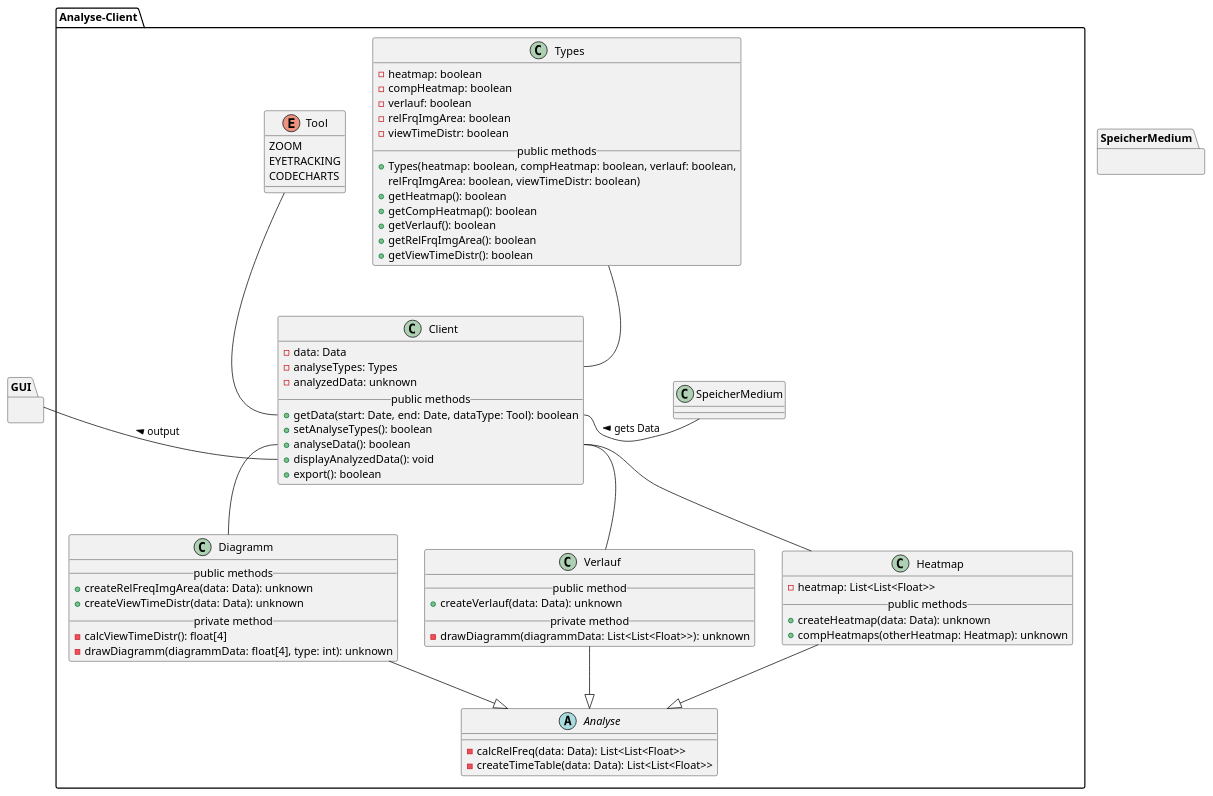
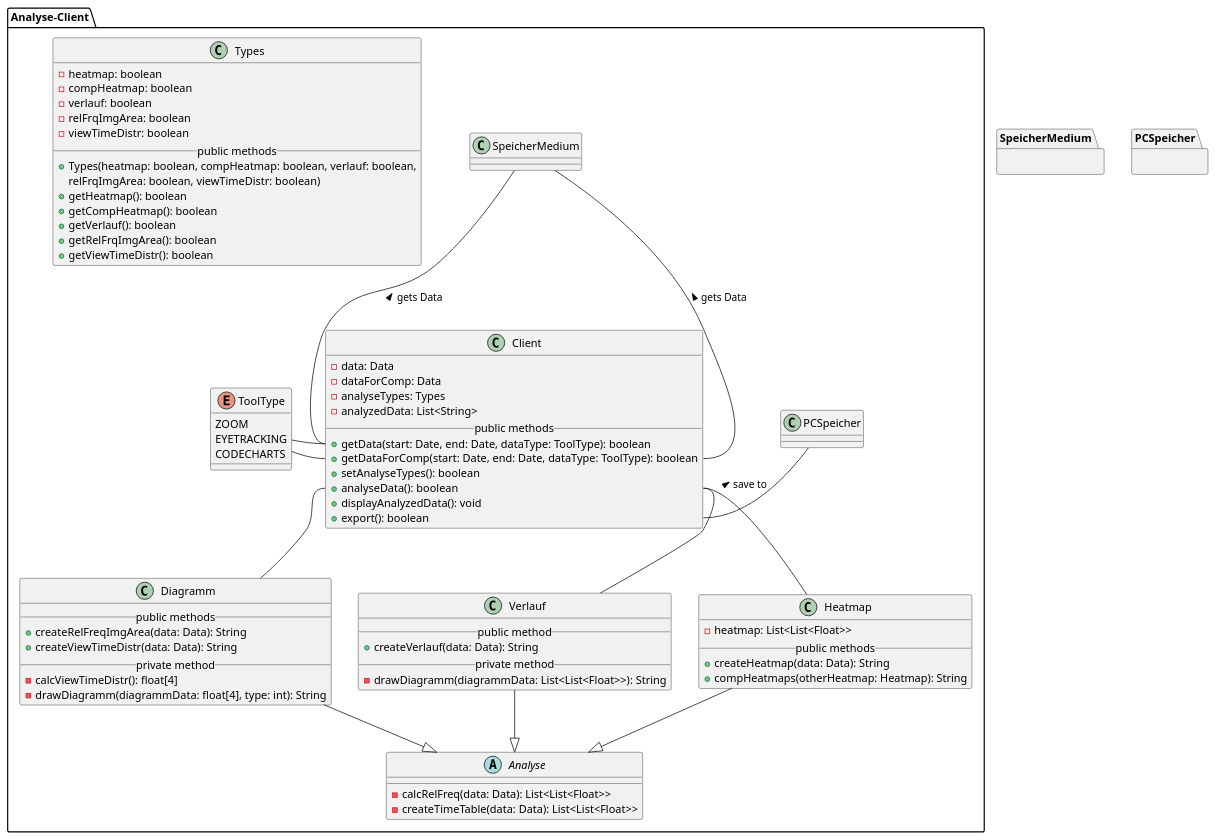
The diagram in meilenstein_03/uml-analyse-client/analyseclient.puml (weichware10/meilensteine), drawn with PlantUML before and after one commit.

Commit message:
Verfeinerung

```diff
--- a/meilenstein_03/uml-analyse-client/analyseclient.puml
+++ b/meilenstein_03/uml-analyse-client/analyseclient.puml
@@ -1,99 +1,105 @@
 @startuml analyseclient
 
 ' === ANALYSE CLIENT ===
 package Analyse-Client{
   
   ' Client
   class Client {
     - data: Data
+    - dataForComp: Data
     - analyseTypes: Types
-    - analyzedData: unknown
+    - analyzedData: List<String>
     __public methods__
-    + getData(start: Date, end: Date, dataType: Tool): boolean
+    + getData(start: Date, end: Date, dataType: ToolType): boolean
+    + getDataForComp(start: Date, end: Date, dataType: ToolType): boolean
     + setAnalyseTypes(): boolean
     + analyseData(): boolean
     + displayAnalyzedData(): void
     + export(): boolean
   }
 
   ' Analyse
   abstract Analyse {
     - calcRelFreq(data: Data): List<List<Float>>
     - createTimeTable(data: Data): List<List<Float>>
   }
 
   ' Heatmap
   class Heatmap {
     - heatmap: List<List<Float>>
     __public methods__
-    + createHeatmap(data: Data): unknown
-    + compHeatmaps(otherHeatmap: Heatmap): unknown
+    + createHeatmap(data: Data): String
+    + compHeatmaps(otherHeatmap: Heatmap): String
   }
 
   ' Verlauf
   class Verlauf {
     __public method__
-    + createVerlauf(data: Data): unknown
+    + createVerlauf(data: Data): String
     __private method__
-    - drawDiagramm(diagrammData: List<List<Float>>): unknown
+    - drawDiagramm(diagrammData: List<List<Float>>): String
   }
 
   ' Diagramm
   class Diagramm {
     __public methods__
-    + createRelFreqImgArea(data: Data): unknown
-    + createViewTimeDistr(data: Data): unknown
+    + createRelFreqImgArea(data: Data): String
+    + createViewTimeDistr(data: Data): String
     __private method__
     - calcViewTimeDistr(): float[4]
-    - drawDiagramm(diagrammData: float[4], type: int): unknown
+    - drawDiagramm(diagrammData: float[4], type: int): String
   }
 
   ' Types
   class Types {
     - heatmap: boolean
     - compHeatmap: boolean
     - verlauf: boolean
     - relFrqImgArea: boolean
     - viewTimeDistr: boolean
     __public methods__
     + Types(heatmap: boolean, compHeatmap: boolean, verlauf: boolean,
      relFrqImgArea: boolean, viewTimeDistr: boolean)
     + getHeatmap(): boolean
     + getCompHeatmap(): boolean
     + getVerlauf(): boolean
     + getRelFrqImgArea(): boolean
     + getViewTimeDistr(): boolean
   }
 
   ' Typen der erhobenen Daten
-  enum Tool {
+  enum ToolType {
     ZOOM
     EYETRACKING
     CODECHARTS
   }
 
   ' Vererbung
   Analyse <|-u- Heatmap
   Analyse <|-u- Verlauf
   Analyse <|-u- Diagramm
 
   ' Interaktionen
-  Client::getData -u- Tool
-  Client::analyseTypes -u- Types
+  Client::getData -l- ToolType
+  Client::getDataForComp -l- ToolType
   Client::analyseData -d- Heatmap 
   Client::analyseData -d- Verlauf
   Client::analyseData -d- Diagramm
 
   ' Andere Module
-  Client::getData -r- SpeicherMedium : < gets Data
+  Client::getData -u- SpeicherMedium : > gets Data
+  Client::getDataForComp -u- SpeicherMedium : > gets Data
+  Client::export -r- PCSpeicher : > save to
 
 }
 ' Blackbox
 package SpeicherMedium {}
 
-package GUI {}
+package PCSpeicher {}
+
+'package GUI {}
 
 ' Interaktion
-Client::displayAnalyzedData -l- GUI : > output
+'Client::displayAnalyzedData -l- GUI : > output
 
 @enduml
```
